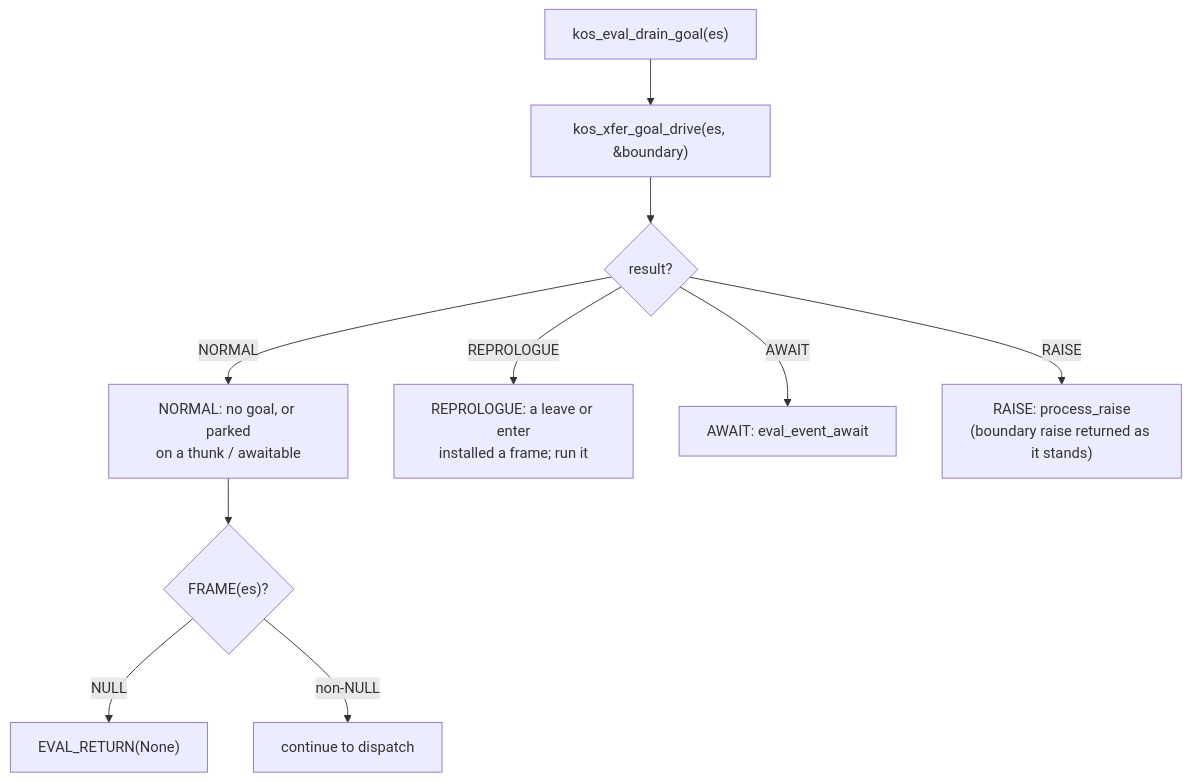
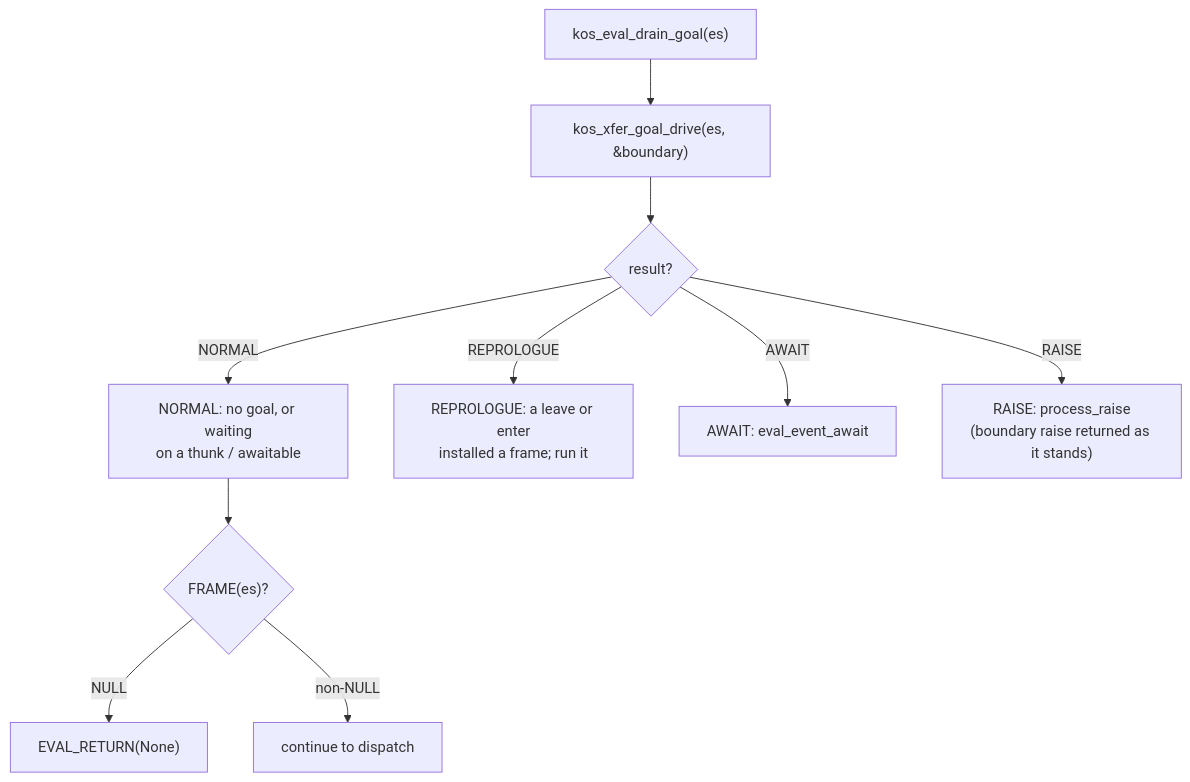
Before and after one commit to koskari-lang/koskari: the fourth of 12 diagrams in design/EVALUATOR.md, drawn with Mermaid. The commit also changed other lines of this file and 132 other files, not shown here.

````diff
--- a/design/EVALUATOR.md
+++ b/design/EVALUATOR.md
@@ -282,20 +282,20 @@
 ```mermaid
 flowchart TD
     start["kos_eval_drain_goal(es)"]
     drive["kos_xfer_goal_drive(es, &boundary)"]
     kind{"result?"}
-    normal["NORMAL: no goal, or parked<br/>on a thunk / awaitable"]
+    normal["NORMAL: no goal, or waiting<br/>on a thunk / awaitable"]
     repro["REPROLOGUE: a leave or enter<br/>installed a frame; run it"]
     await_["AWAIT: eval_event_await"]
     raise_["RAISE: process_raise<br/>(boundary raise returned as it stands)"]
     frame_check{"FRAME(es)?"}
     ret_none["EVAL_RETURN(None)"]
 
     start --> drive --> kind
     kind -->|NORMAL| normal --> frame_check
     kind -->|REPROLOGUE| repro
     kind -->|AWAIT| await_
     kind -->|RAISE| raise_
     frame_check -->|NULL| ret_none
     frame_check -->|non-NULL| loop_next["continue to dispatch"]
 ```
````
